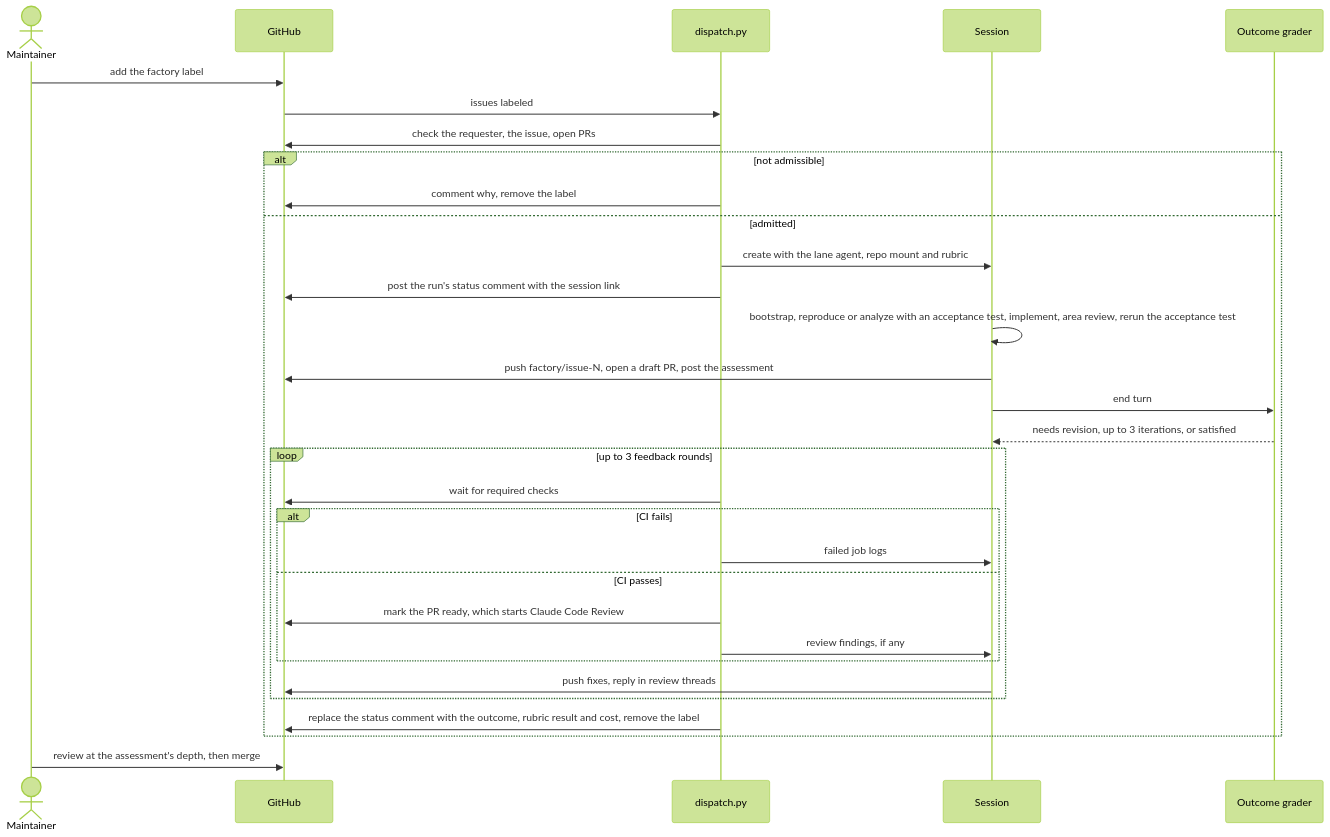
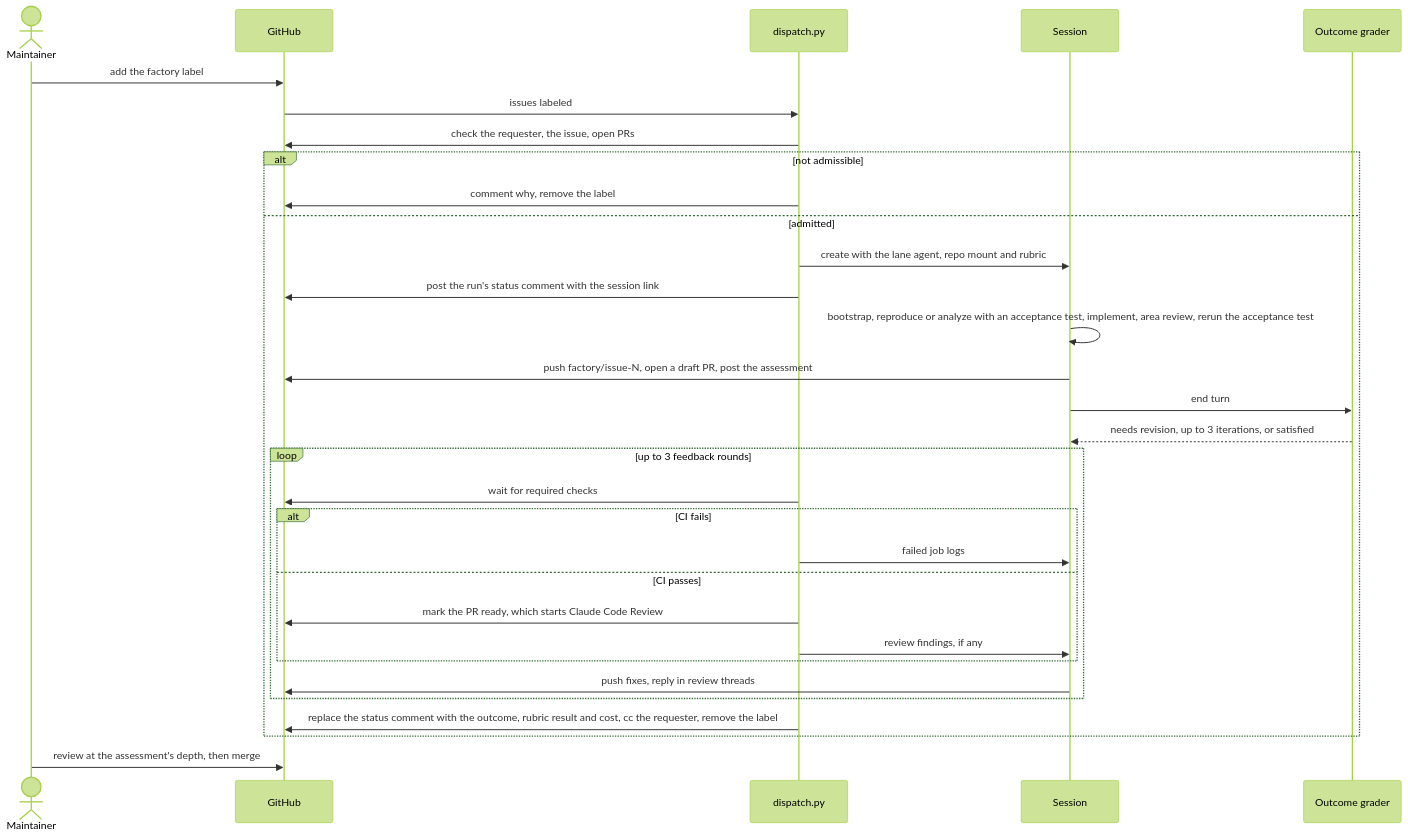
Before and after one commit to Arize-ai/phoenix: the second of 5 diagrams in factory/README.md, drawn with Mermaid (forest theme). The commit also changed other lines of this file and 6 other files, not shown here.

First line of the commit message:
feat(factory): cc the requester on every factory comment

````diff
--- a/factory/README.md
+++ b/factory/README.md
@@ -60,34 +60,34 @@
 ```mermaid
 sequenceDiagram
   actor maintainer as Maintainer
   participant github as GitHub
   participant dispatch as dispatch.py
   participant session as Session
   participant grader as Outcome grader
 
   maintainer->>github: add the factory label
   github->>dispatch: issues labeled
   dispatch->>github: check the requester, the issue, open PRs
   alt not admissible
     dispatch->>github: comment why, remove the label
   else admitted
     dispatch->>session: create with the lane agent, repo mount and rubric
     dispatch->>github: post the run's status comment with the session link
     session->>session: bootstrap, reproduce or analyze with an acceptance test, implement, area review, rerun the acceptance test
     session->>github: push factory/issue-N, open a draft PR, post the assessment
     session->>grader: end turn
     grader-->>session: needs revision, up to 3 iterations, or satisfied
     loop up to 3 feedback rounds
       dispatch->>github: wait for required checks
       alt CI fails
         dispatch->>session: failed job logs
       else CI passes
         dispatch->>github: mark the PR ready, which starts Claude Code Review
         dispatch->>session: review findings, if any
       end
       session->>github: push fixes, reply in review threads
     end
-    dispatch->>github: replace the status comment with the outcome, rubric result and cost, remove the label
+    dispatch->>github: replace the status comment with the outcome, rubric result and cost, cc the requester, remove the label
   end
   maintainer->>github: review at the assessment's depth, then merge
 ```
````
